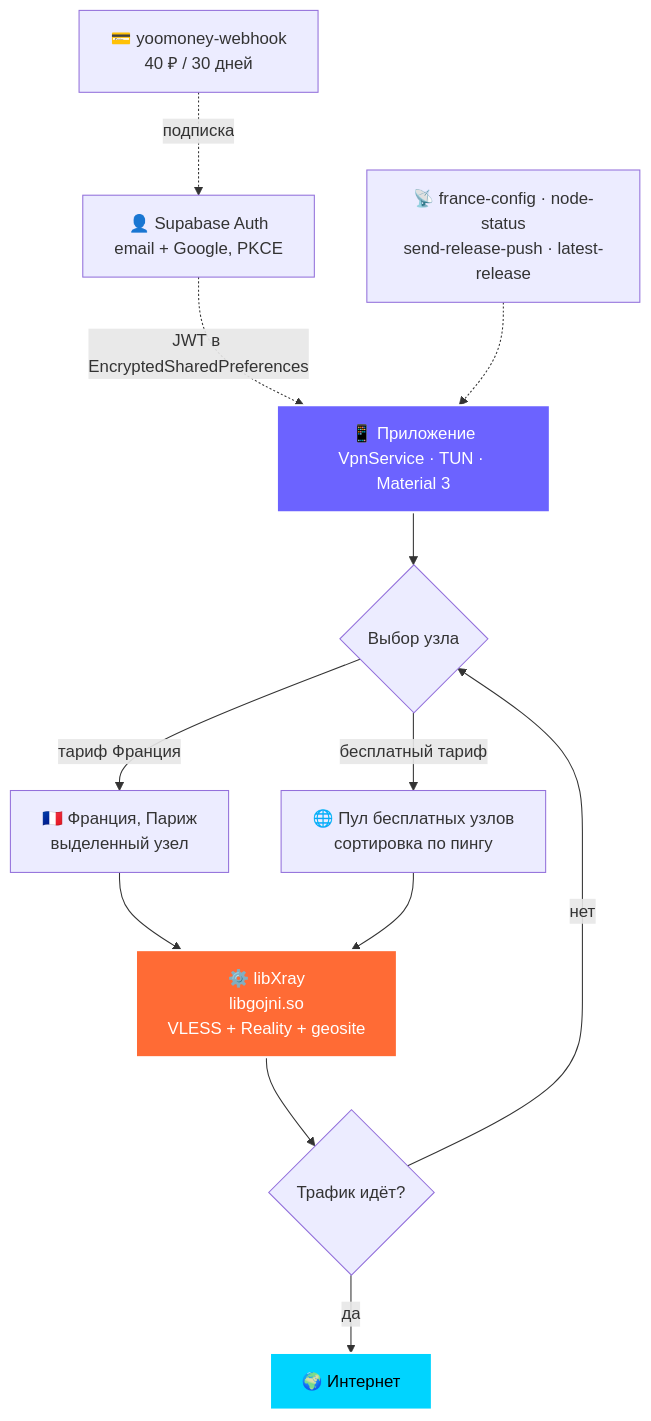
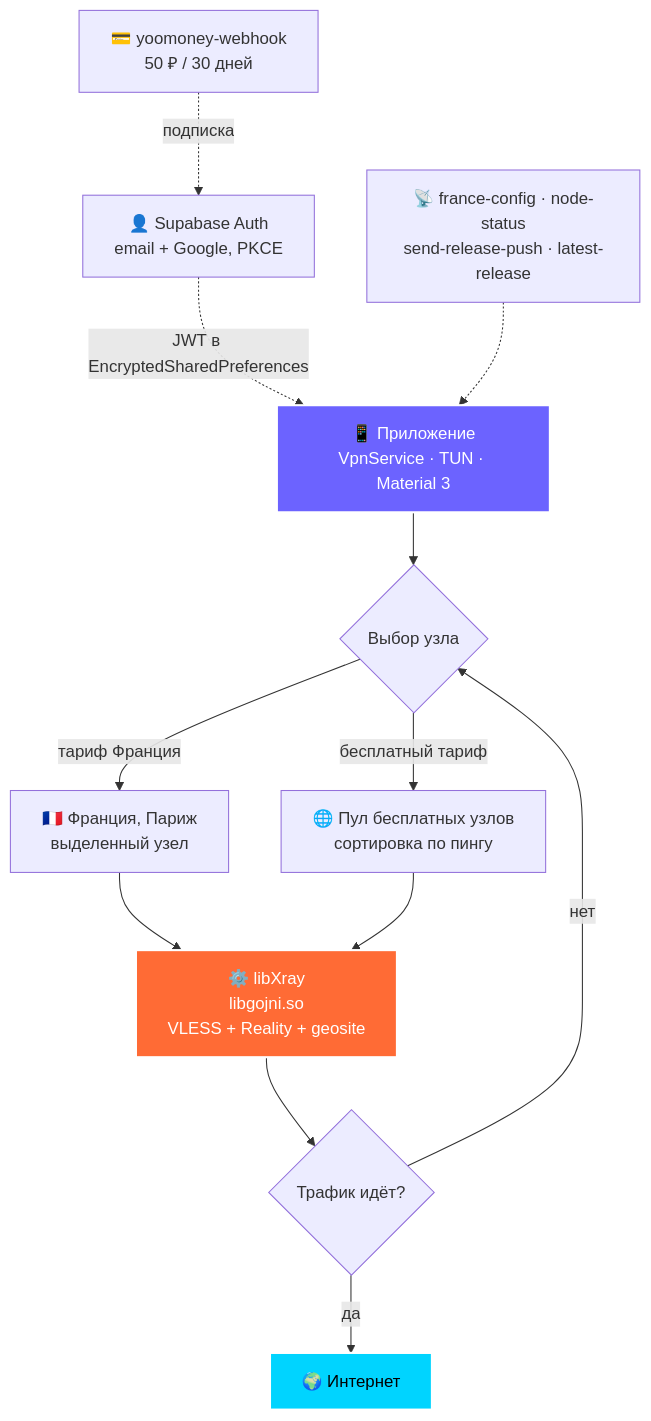
The diagram in README.md (Core-Dev-Support/naua-security-mirage-android), drawn with Mermaid before and after one commit. The commit also changed other lines of this file and 18 other files, not shown here.

````diff
--- a/README.md
+++ b/README.md
@@ -87,19 +87,19 @@
 ```mermaid
 flowchart TD
     A["📱 Приложение<br/>VpnService · TUN · Material 3"] --> S{"Выбор узла"}
     S -->|"тариф Франция"| P["🇫🇷 Франция, Париж<br/>выделенный узел"]
     S -->|"бесплатный тариф"| F["🌐 Пул бесплатных узлов<br/>сортировка по пингу"]
     P --> C["⚙️ libXray<br/>libgojni.so<br/>VLESS + Reality + geosite"]
     F --> C
     C --> W{"Трафик идёт?"}
     W -->|нет| S
     W -->|да| N["🌍 Интернет"]
 
     G["👤 Supabase Auth<br/>email + Google, PKCE"] -.->|JWT в EncryptedSharedPreferences| A
-    Y["💳 yoomoney-webhook<br/>40 ₽ / 30 дней"] -.->|подписка| G
+    Y["💳 yoomoney-webhook<br/>50 ₽ / 30 дней"] -.->|подписка| G
     B["📡 france-config · node-status<br/>send-release-push · latest-release"] -.-> A
 
     style A fill:#6C63FF,stroke:#fff,stroke-width:2px,color:#fff
     style C fill:#FF6B35,stroke:#fff,stroke-width:2px,color:#fff
     style N fill:#00D4FF,stroke:#fff,stroke-width:2px,color:#000
 ```
````
